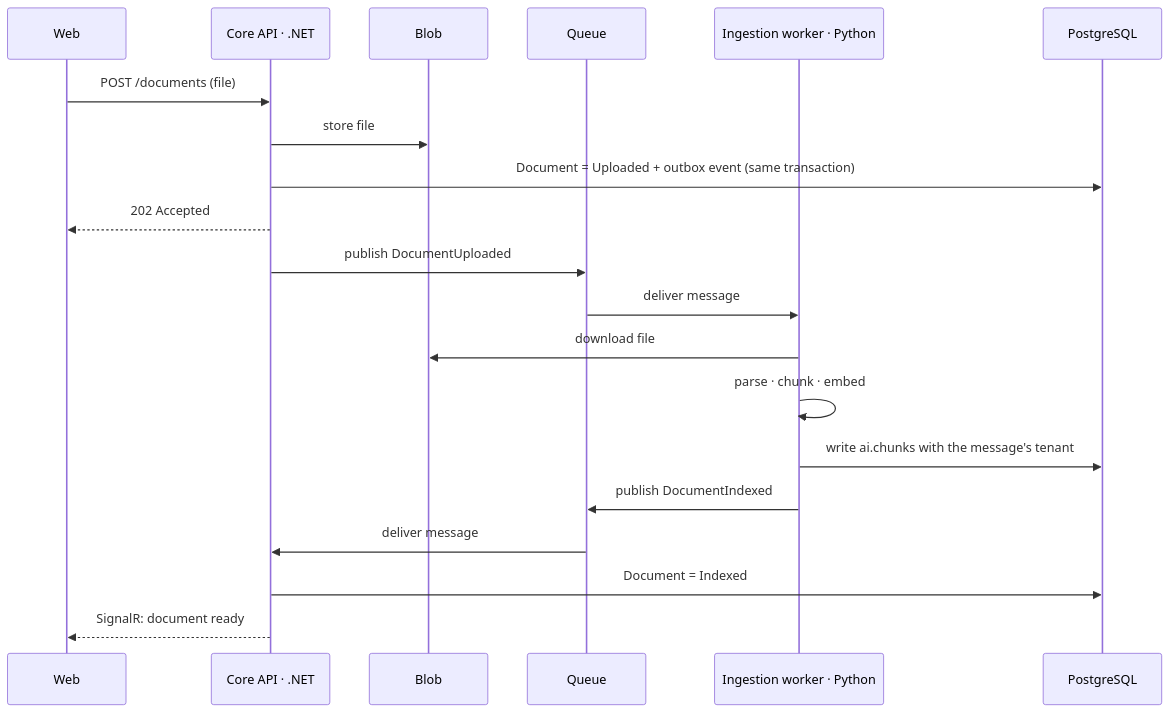
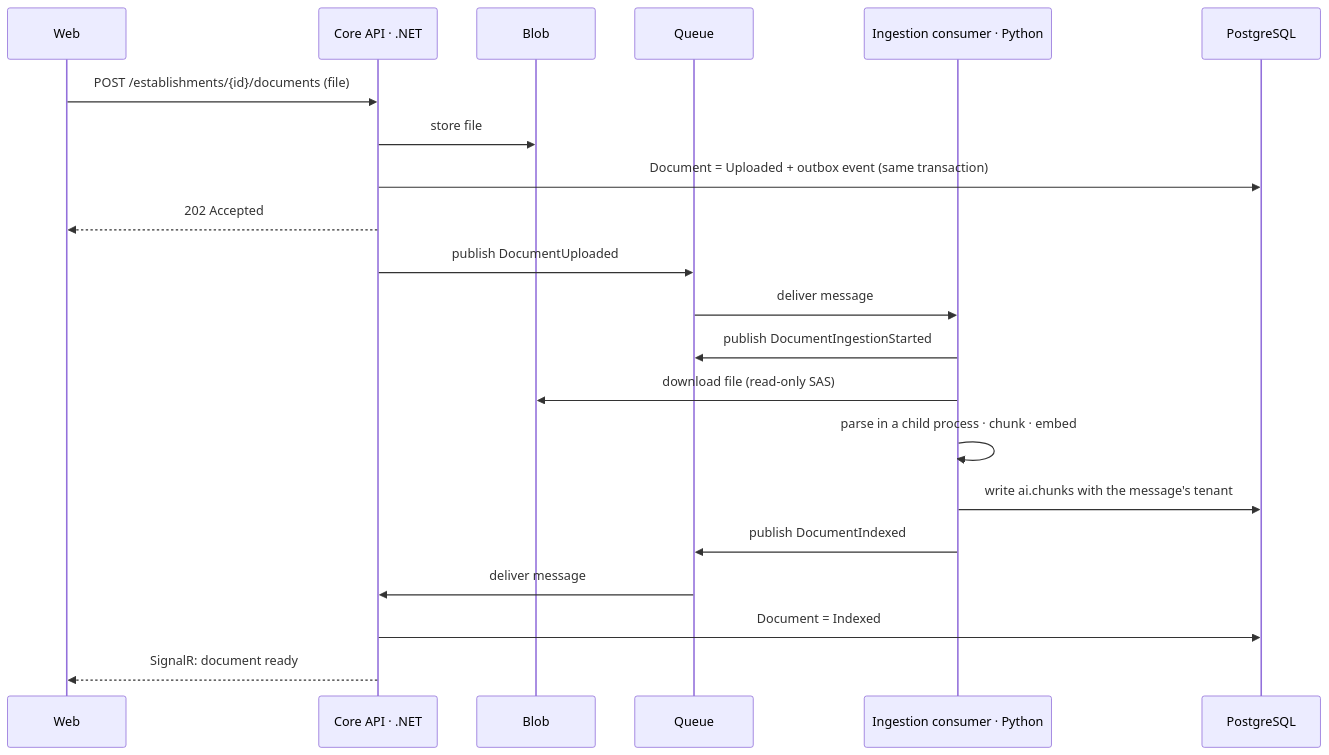
Before and after one commit to KauaVilasBoas/Normetry: the third of 5 diagrams in README.md, drawn with Mermaid. The commit also changed other lines of this file and 4 other files, not shown here.

````diff
--- a/README.md
+++ b/README.md
@@ -206,22 +214,23 @@
 ```mermaid
 sequenceDiagram
     participant W as Web
     participant A as Core API · .NET
     participant B as Blob
     participant Q as Queue
-    participant I as Ingestion worker · Python
+    participant I as Ingestion consumer · Python
     participant P as PostgreSQL
-    W->>A: POST /documents (file)
+    W->>A: POST /establishments/{id}/documents (file)
     A->>B: store file
     A->>P: Document = Uploaded + outbox event (same transaction)
     A-->>W: 202 Accepted
     A->>Q: publish DocumentUploaded
     Q->>I: deliver message
-    I->>B: download file
-    I->>I: parse · chunk · embed
+    I->>Q: publish DocumentIngestionStarted
+    I->>B: download file (read-only SAS)
+    I->>I: parse in a child process · chunk · embed
     I->>P: write ai.chunks with the message's tenant
     I->>Q: publish DocumentIndexed
     Q->>A: deliver message
     A->>P: Document = Indexed
     A-->>W: SignalR: document ready
 ```
````
